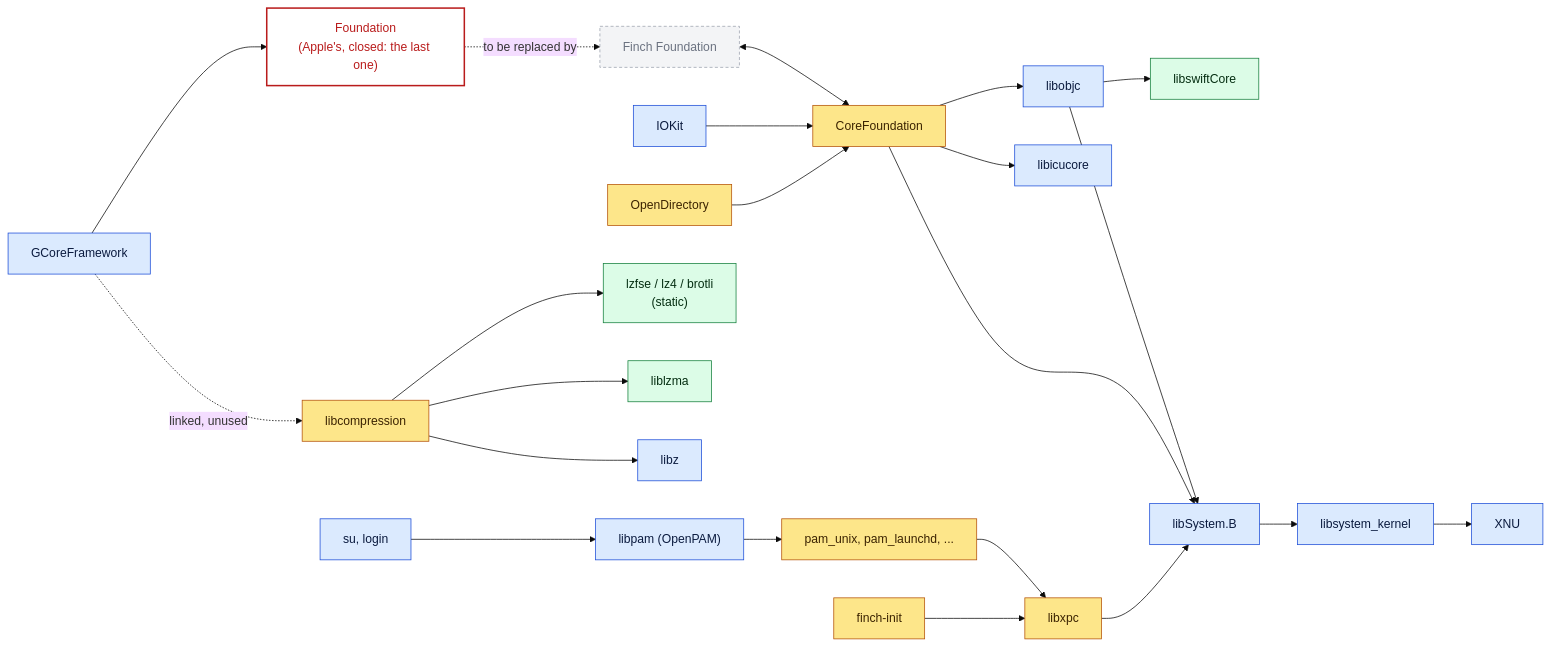
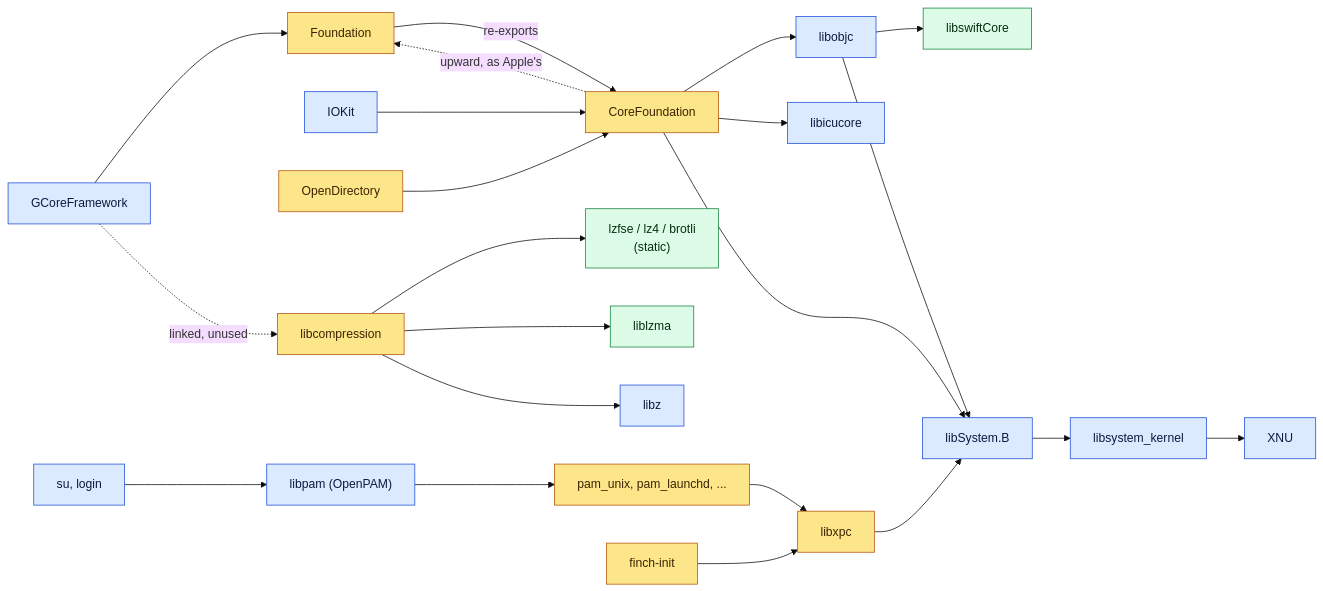
The second of 2 diagrams in docs/STACK.md (calebtrueman/finch), drawn with Mermaid (base theme) before and after one commit. The commit also changed other lines of this file and 21 other files, not shown here.

First line of the commit message:
Foundation.framework from Finch: nothing Finch builds links anything closed

````diff
--- a/docs/STACK.md
+++ b/docs/STACK.md
@@ -126,49 +127,48 @@
 ```mermaid
 flowchart LR
     classDef apple fill:#dbeafe,stroke:#1d4ed8,color:#0b1b3f
     classDef finch fill:#fde68a,stroke:#b45309,color:#3b2300
     classDef upstream fill:#dcfce7,stroke:#15803d,color:#052e12
     classDef planned fill:#f3f4f6,stroke:#9ca3af,color:#6b7280,stroke-dasharray:4 3
     classDef closed fill:#ffffff,stroke:#b91c1c,color:#b91c1c,stroke-width:2px
 
     gcore["GCoreFramework"]:::apple
-    foundation["Foundation<br/>(Apple's, closed: the last one)"]:::closed
-    ffound["Finch Foundation"]:::planned
+    ffound["Foundation"]:::finch
     cf["CoreFoundation"]:::finch
     iokit["IOKit"]:::apple
     od["OpenDirectory"]:::finch
     objc["libobjc"]:::apple
     swift["libswiftCore"]:::upstream
     icu["libicucore"]:::apple
     comp["libcompression"]:::finch
     codecs["lzfse / lz4 / brotli<br/>(static)"]:::upstream
     lzma["liblzma"]:::upstream
     z["libz"]:::apple
     pamlib["libpam (OpenPAM)"]:::apple
     pammods["pam_unix, pam_launchd, ..."]:::finch
     su["su, login"]:::apple
     xpc["libxpc"]:::finch
     init["finch-init"]:::finch
     sys["libSystem.B"]:::apple
     kern["libsystem_kernel"]:::apple
     xnu["XNU"]:::apple
 
-    gcore --> foundation
+    gcore --> ffound
     gcore -.->|"linked, unused"| comp
-    foundation -.->|"to be replaced by"| ffound
-    ffound <--> cf
+    ffound -->|"re-exports"| cf
+    cf -.->|"upward, as Apple's"| ffound
     cf --> objc --> swift
     cf --> icu
     iokit --> cf
     od --> cf
     comp --> codecs
     comp --> lzma
     comp --> z
     su --> pamlib --> pammods
     pammods --> xpc
     init --> xpc
     cf --> sys
     objc --> sys
     xpc --> sys
     sys --> kern --> xnu
 ```
````
